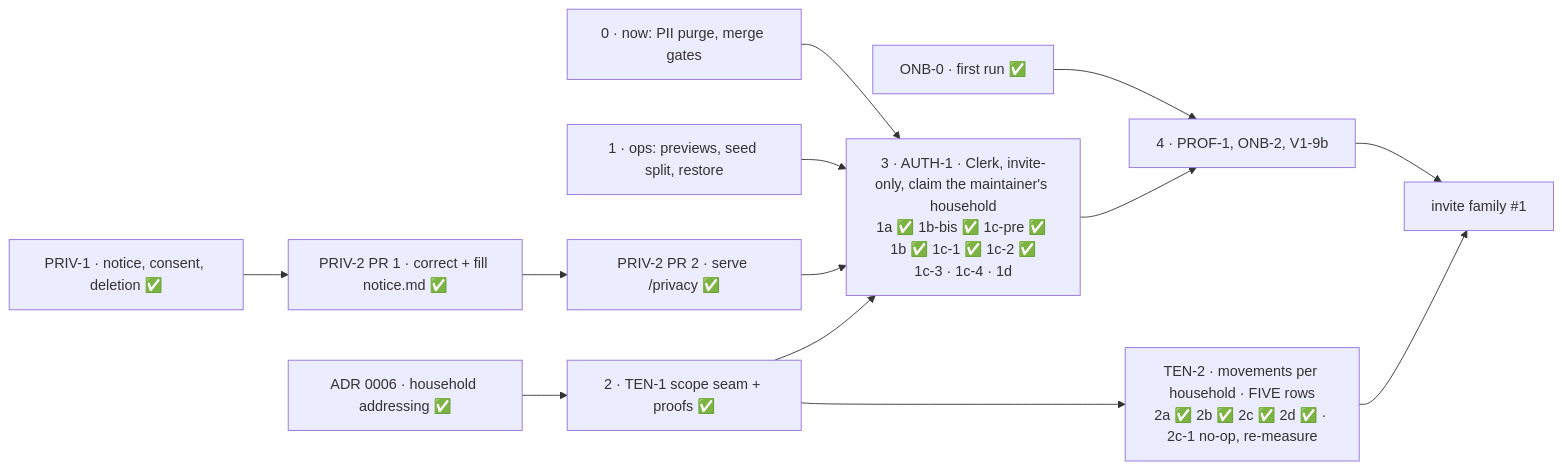
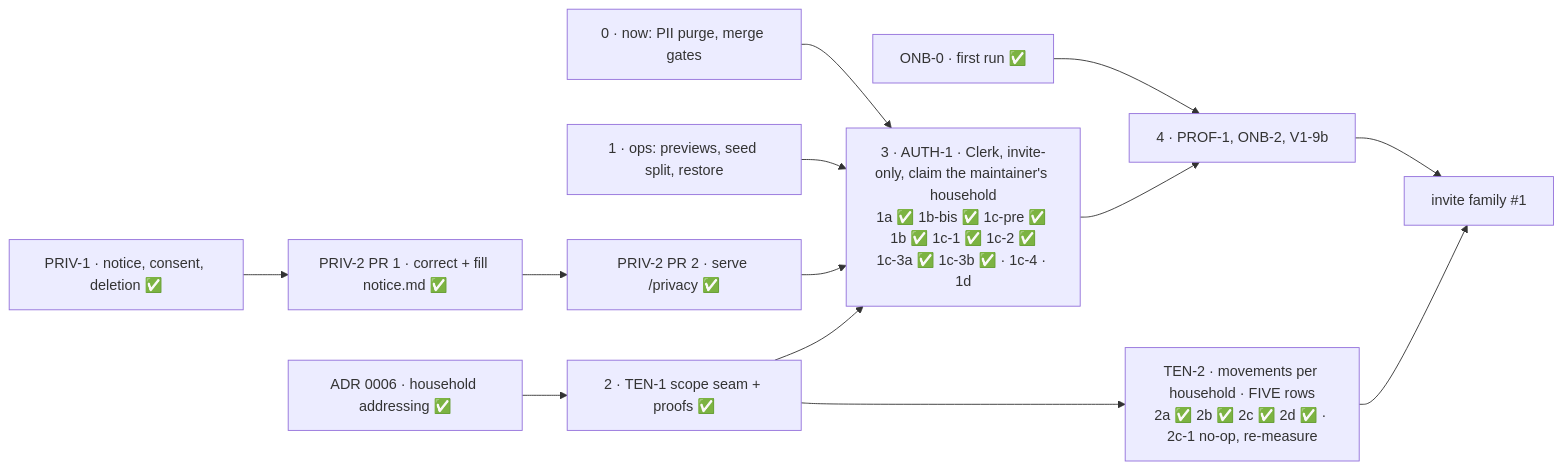
The diagram in docs/milestones/beta-1.md (ralamode/mat-plan), drawn with Mermaid before and after one commit. The commit also changed other lines of this file and 36 other files, not shown here.

````diff
--- a/docs/milestones/beta-1.md
+++ b/docs/milestones/beta-1.md
@@ -77,15 +77,15 @@
 ```mermaid
 flowchart LR
   N[0 · now: PII purge, merge gates] --> AU
   O[1 · ops: previews, seed split, restore] --> AU
   ONB[ONB-0 · first run ✅] --> S
   PRIV[PRIV-1 · notice, consent, deletion ✅] --> P1[PRIV-2 PR 1 · correct + fill notice.md ✅]
   P1 --> P2[PRIV-2 PR 2 · serve /privacy ✅]
   P2 --> AU
   C[ADR 0006 · household addressing ✅] --> T[2 · TEN-1 scope seam + proofs ✅]
-  T --> AU[3 · AUTH-1 · Clerk, invite-only, claim the maintainer's household<br/>1a ✅ 1b-bis ✅ 1c-pre ✅ 1b ✅ 1c-1 ✅ 1c-2 ✅<br/>1c-3 · 1c-4 · 1d]
+  T --> AU[3 · AUTH-1 · Clerk, invite-only, claim the maintainer's household<br/>1a ✅ 1b-bis ✅ 1c-pre ✅ 1b ✅ 1c-1 ✅ 1c-2 ✅<br/>1c-3a ✅ 1c-3b ✅ · 1c-4 · 1d]
   T --> T2[TEN-2 · movements per household · FIVE rows<br/>2a ✅ 2b ✅ 2c ✅ 2d ✅ · 2c-1 no-op, re-measure]
   AU --> S[4 · PROF-1, ONB-2, V1-9b]
   S --> I[invite family #1]
   T2 --> I
 ```
````
